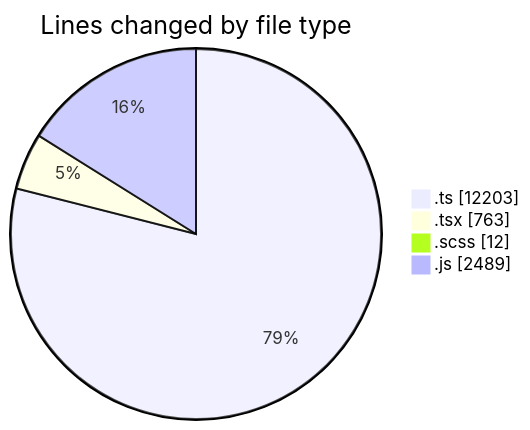
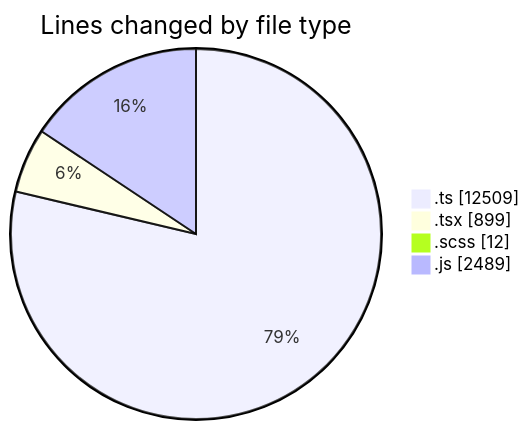
The first of 2 diagrams in 2026-03-17/cda/README.md (momahboobian/code-tracking), drawn with Mermaid before and after one commit. The commit also changed other lines of this file and 1 other file, not shown here.

````diff
--- a/2026-03-17/cda/README.md
+++ b/2026-03-17/cda/README.md
@@ -39,8 +39,8 @@
 ```mermaid
 pie showData
 title Lines changed by file type
-".ts" : 12203
-".tsx" : 763
+".ts" : 12509
+".tsx" : 899
 ".scss" : 12
 ".js" : 2489
 ```
````
